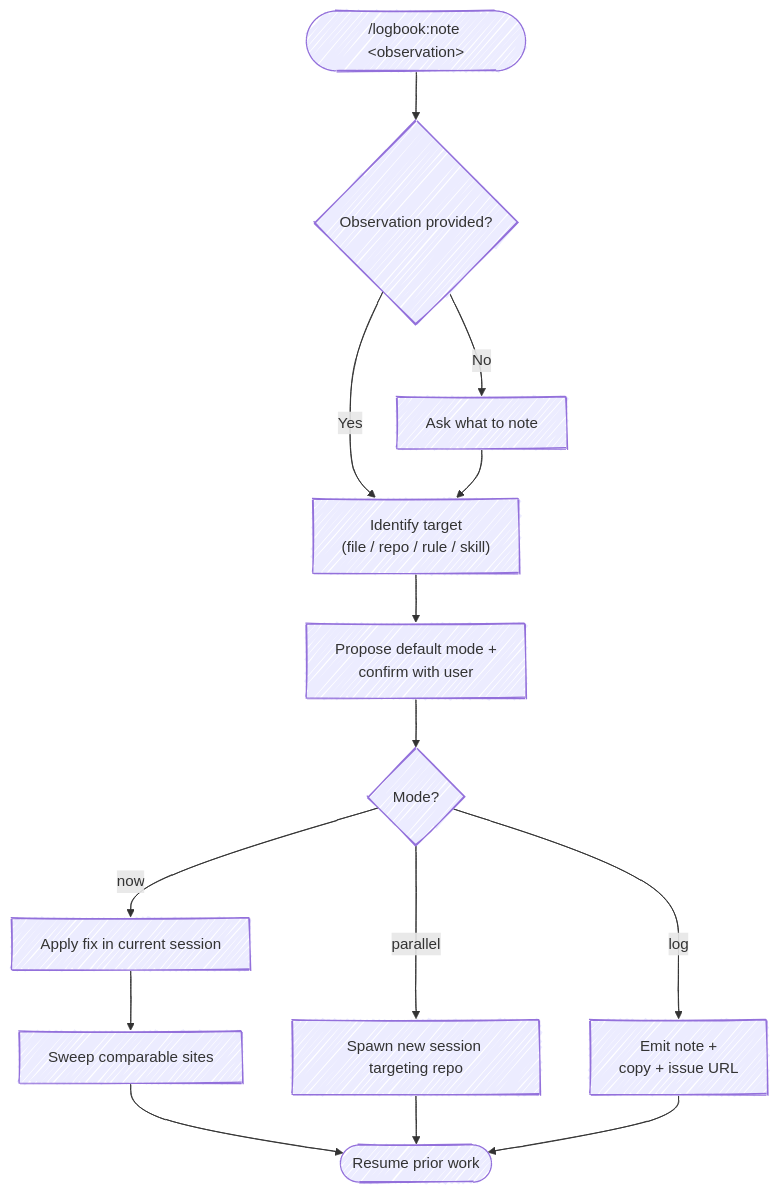
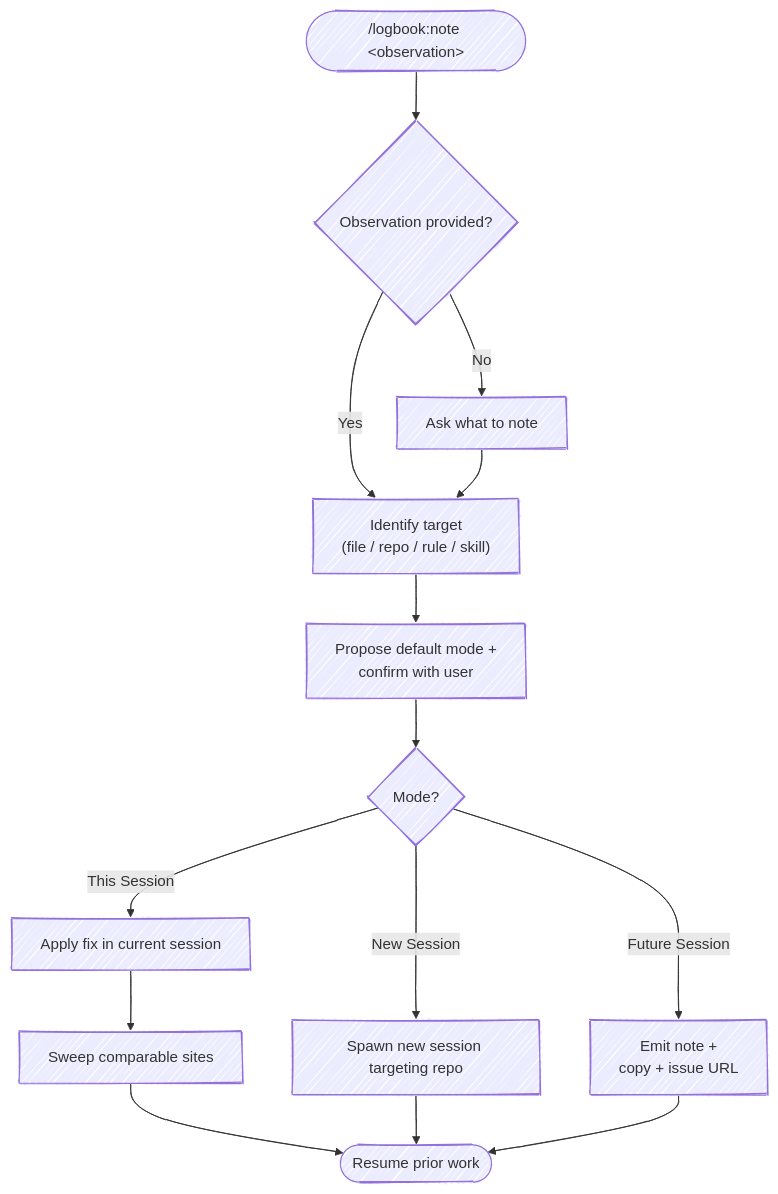
Before and after one commit to chris-peterson/logbook: the diagram in skills/note/SKILL.md, drawn with Mermaid. The commit also changed other lines of this file and 2 other files, not shown here.

````diff
--- a/skills/note/SKILL.md
+++ b/skills/note/SKILL.md
@@ -13,17 +13,17 @@
 ```mermaid
 %%{ init: { 'look': 'handDrawn' } }%%
 flowchart TD
     Start(["/logbook:note &lt;observation&gt;"]) --> HasArgs{Observation provided?}
     HasArgs -->|No| Ask["Ask what to note"]
     HasArgs -->|Yes| Identify["Identify target<br/>(file / repo / rule / skill)"]
     Ask --> Identify
     Identify --> Propose["Propose default mode +<br/>confirm with user"]
     Propose --> Mode{Mode?}
-    Mode -->|now| Apply["Apply fix in current session"]
+    Mode -->|This Session| Apply["Apply fix in current session"]
     Apply --> Sweep["Sweep comparable sites"]
     Sweep --> Resume([Resume prior work])
-    Mode -->|parallel| Tab["Spawn new session targeting repo"]
+    Mode -->|New Session| Tab["Spawn new session targeting repo"]
     Tab --> Resume
-    Mode -->|log| Emit["Emit note +<br/>copy + issue URL"]
+    Mode -->|Future Session| Emit["Emit note +<br/>copy + issue URL"]
     Emit --> Resume
 ```
````
